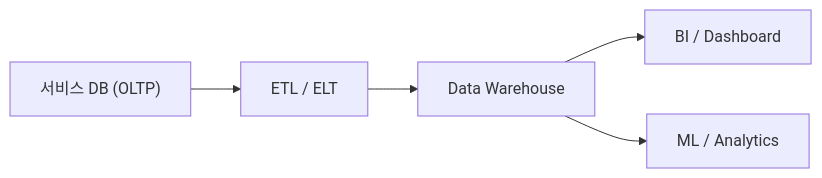
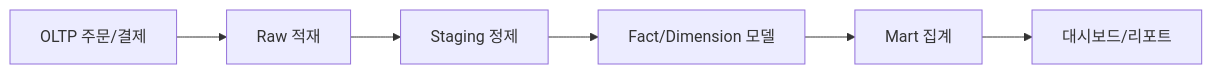
Before and after one commit to yeongseon-books/book-content: the first of 5 diagrams in docs/ko/data-warehouse-101/01-what-is-data-warehouse.md, drawn with Mermaid. The commit also changed other lines of this file and 4143 other files, not shown here.

````diff
--- a/docs/ko/data-warehouse-101/01-what-is-data-warehouse.md
+++ b/docs/ko/data-warehouse-101/01-what-is-data-warehouse.md
@@ -35,7 +335,8 @@
 ```mermaid
 flowchart LR
-    Service["서비스 DB (OLTP)"] --> ETL["ETL / ELT"]
-    ETL --> DW["Data Warehouse"]
-    DW --> BI["BI / Dashboard"]
-    DW --> ML["ML / Analytics"]
+    A["OLTP 주문/결제"] --> B["Raw 적재"]
+    B --> C["Staging 정제"]
+    C --> D["Fact/Dimension 모델"]
+    D --> E["Mart 집계"]
+    E --> F["대시보드/리포트"]
 ```
````
